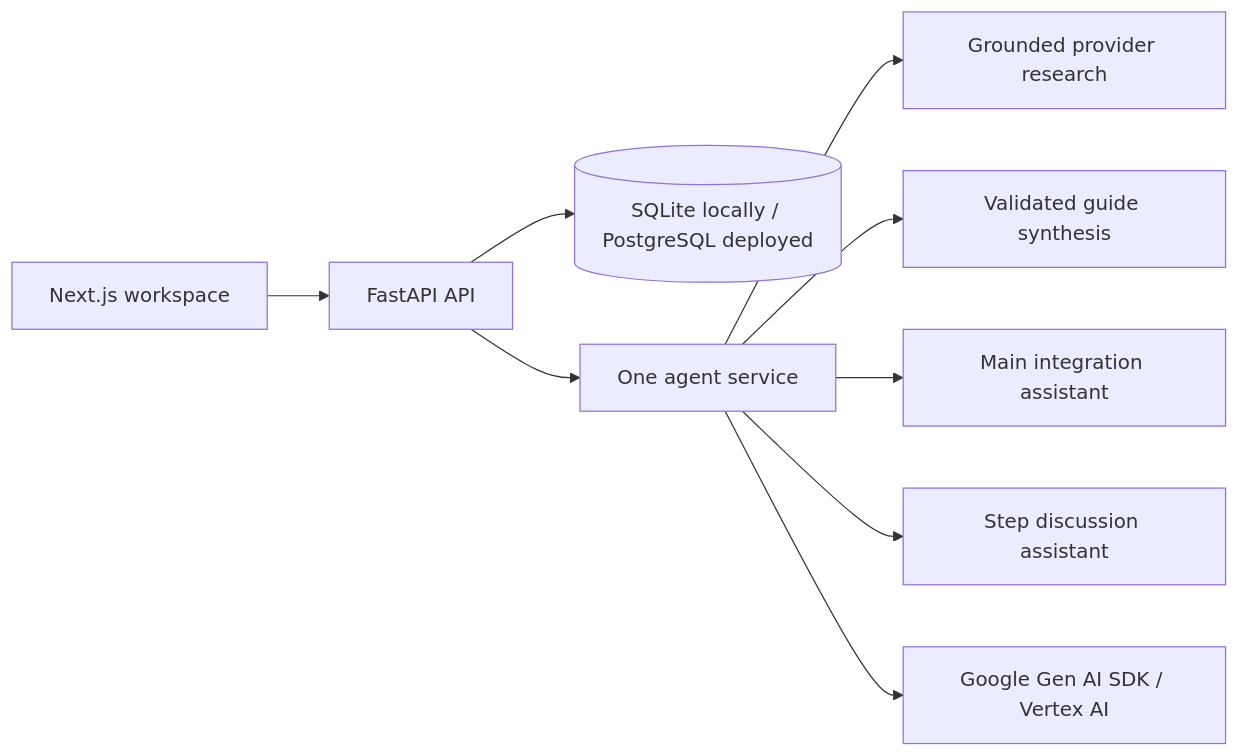
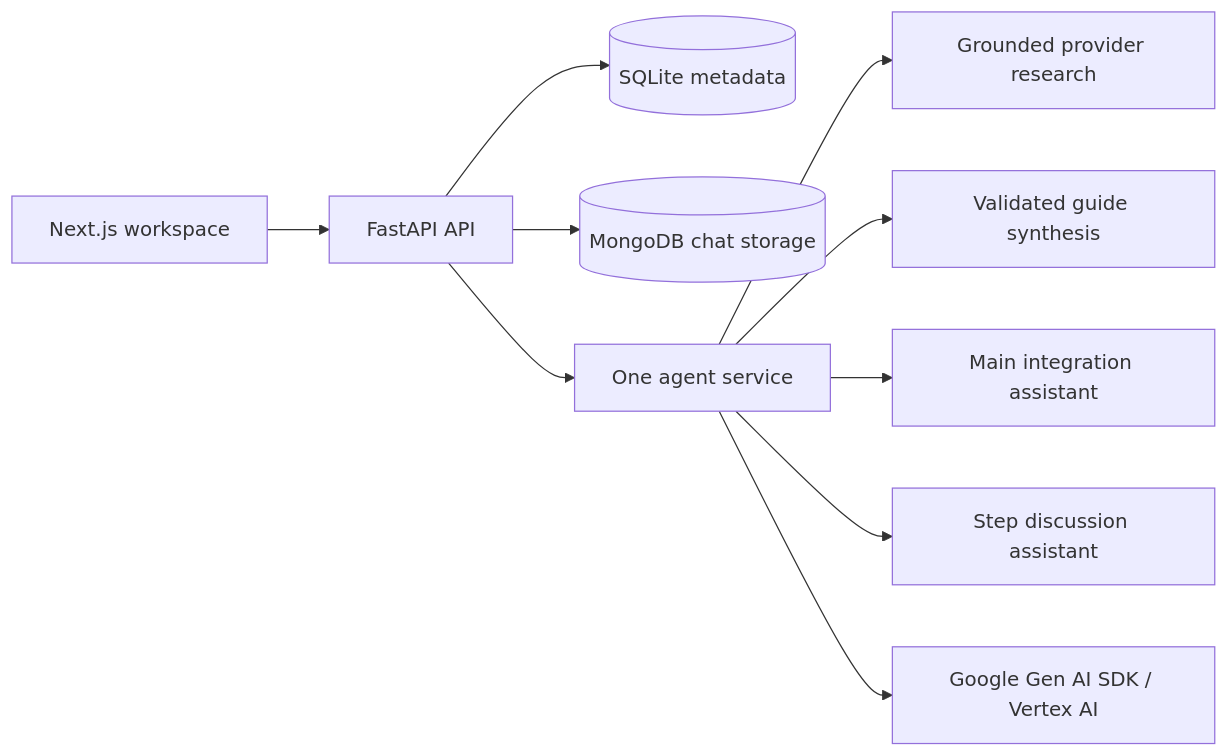
The diagram in README.md (arpandesai0/integration-copilot), drawn with Mermaid before and after one commit. The commit also changed other lines of this file and 12 other files, not shown here.

````diff
--- a/README.md
+++ b/README.md
@@ -58,11 +60,12 @@
 ```mermaid
 flowchart LR
     UI[Next.js workspace] --> API[FastAPI API]
-    API --> DB[(SQLite locally / PostgreSQL deployed)]
+    API --> Metadata[(SQLite metadata)]
+    API --> Mongo[(MongoDB chat storage)]
     API --> Agent[One agent service]
     Agent --> Research[Grounded provider research]
     Agent --> Synthesis[Validated guide synthesis]
     Agent --> Main[Main integration assistant]
     Agent --> Step[Step discussion assistant]
     Agent --> Vertex[Google Gen AI SDK / Vertex AI]
 ```
````
